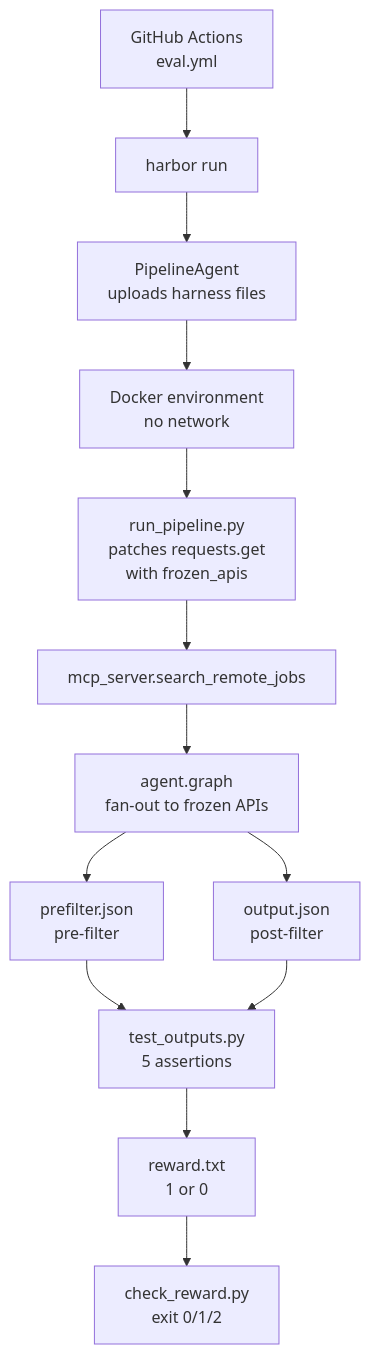
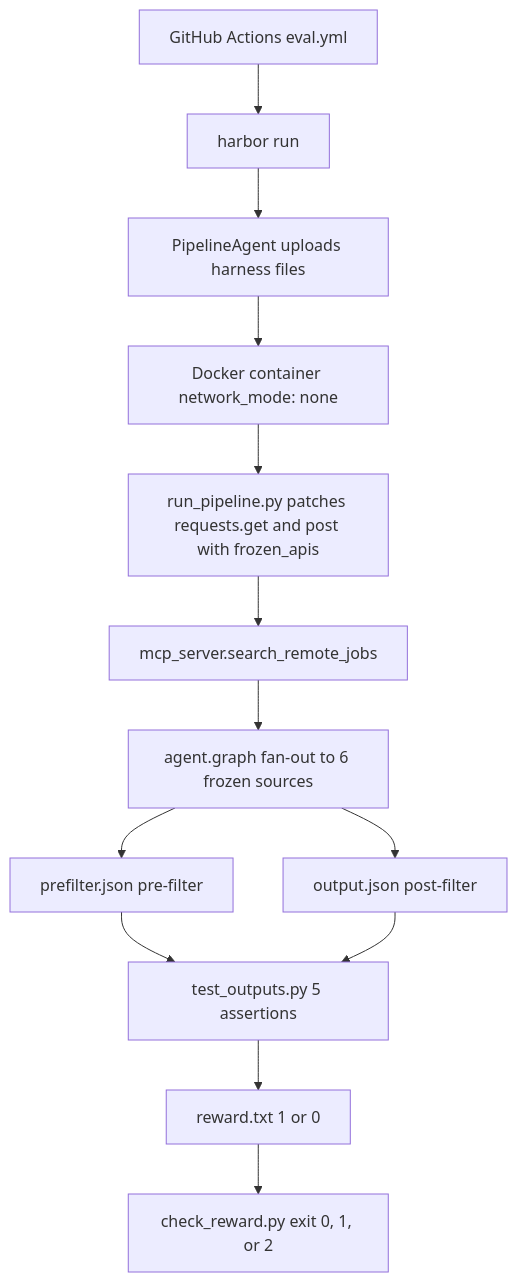
The diagram in openwiki/evals/harbor-eval.md (tsouk88/job-search-agent), drawn with Mermaid before and after one commit. The commit also changed other lines of this file and 12 other files, not shown here.

````diff
--- a/openwiki/evals/harbor-eval.md
+++ b/openwiki/evals/harbor-eval.md
@@ -57,15 +51,15 @@
 ```mermaid
 flowchart TD
-    CI["GitHub Actions\neval.yml"] --> Harbor["harbor run"]
-    Harbor --> Agent["PipelineAgent\nuploads harness files"]
-    Agent --> Env["Docker environment\nno network"]
-    Env --> Run["run_pipeline.py\npatches requests.get\nwith frozen_apis"]
+    CI["GitHub Actions eval.yml"] --> Harbor["harbor run"]
+    Harbor --> Agent["PipelineAgent uploads harness files"]
+    Env["Docker container network_mode: none"] --> Run["run_pipeline.py patches requests.get and post with frozen_apis"]
+    Agent --> Env
     Run --> MCP["mcp_server.search_remote_jobs"]
-    MCP --> Graph["agent.graph\nfan-out to frozen APIs"]
-    Graph --> Pre["prefilter.json\npre-filter"]
-    Graph --> Output["output.json\npost-filter"]
-    Pre --> Verify["test_outputs.py\n5 assertions"]
+    MCP --> Graph["agent.graph fan-out to 6 frozen sources"]
+    Graph --> Pre["prefilter.json pre-filter"]
+    Graph --> Output["output.json post-filter"]
+    Pre --> Verify["test_outputs.py 5 assertions"]
     Output --> Verify
-    Verify --> Reward["reward.txt\n1 or 0"]
-    Reward --> Check["check_reward.py\nexit 0/1/2"]
+    Verify --> Reward["reward.txt 1 or 0"]
+    Reward --> Check["check_reward.py exit 0, 1, or 2"]
 ```
````
